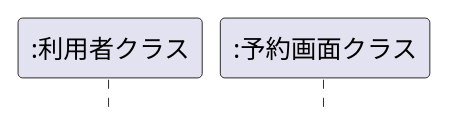
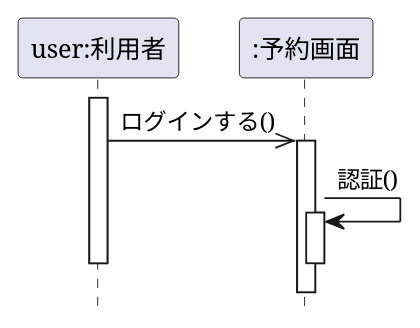
The diagram in 演習4-2_SD_利用者と予約画面.pu (syutamorijyobi/uml-introduction), drawn with PlantUML before and after one commit. The commit also changed 2 other files, not shown here.

```diff
--- a/演習4-2_SD_利用者と予約画面.pu
+++ b/演習4-2_SD_利用者と予約画面.pu
@@ -1,6 +1,13 @@
 @startuml ラーメンの注文
 hide footbox
-participant ":利用者クラス" as user
-participant ":予約画面クラス" as will
+participant "user:利用者" as user
+participant ":予約画面" as will
 
+activate user
+user ->> will:ログインする()
+activate will
+will -> will: 認証()
+activate will
+deactivate user
+deactivate will
 @enduml
```
